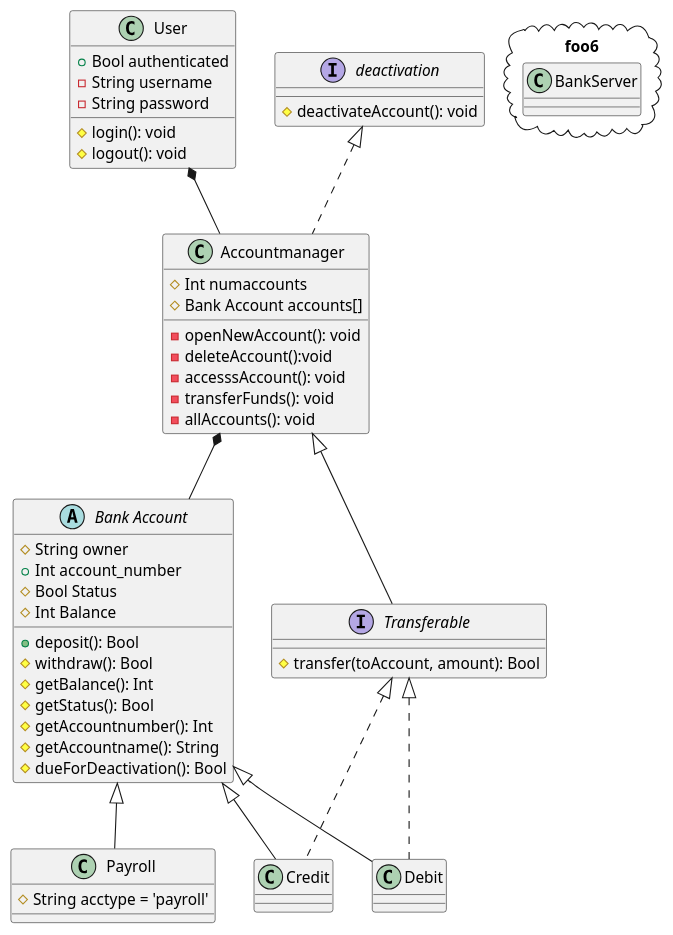
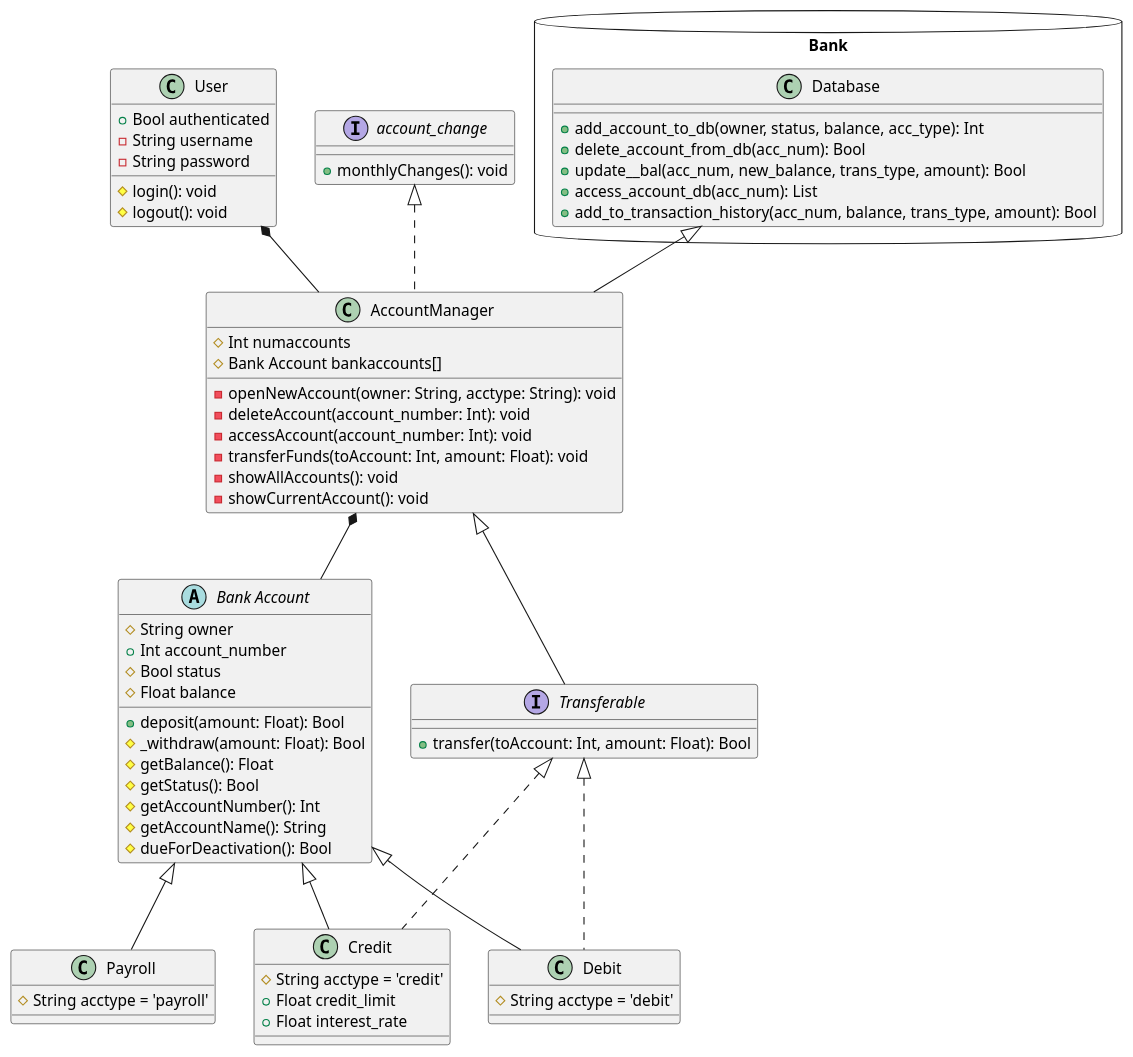
The diagram in python/Rob_Banks/bank.puml (Depyter/CMSC-23), drawn with PlantUML before and after one commit. The commit also changed 12 other files, not shown here.

Commit message:
added more tests, edited puml diagram

```diff
--- a/python/Rob_Banks/bank.puml
+++ b/python/Rob_Banks/bank.puml
@@ -1,67 +1,79 @@
-@startuml
+@startuml Banking
 
 abstract class "Bank Account" {
     #String owner
     +Int account_number
-    #Bool Status
-    #Int Balance
-    +deposit(): Bool
-    #withdraw(): Bool
-    #getBalance(): Int
+    #Bool status
+    #Float balance
+    +deposit(amount: Float): Bool
+    #_withdraw(amount: Float): Bool
+    #getBalance(): Float
     #getStatus(): Bool
-    #getAccountnumber(): Int
-    #getAccountname(): String
+    #getAccountNumber(): Int
+    #getAccountName(): String
     #dueForDeactivation(): Bool
 }
 
 interface Transferable {
-    #transfer(toAccount, amount): Bool
+    +transfer(toAccount: Int, amount: Float): Bool
 }
 
 class Payroll {
     #String acctype = 'payroll'
 }
 
 class Debit {
+    #String acctype = 'debit'
 }
 
 class Credit {
+    #String acctype = 'credit'
+    +Float credit_limit
+    +Float interest_rate
 }
 
 class User {
     +Bool authenticated
     -String username
     -String password
     #login(): void
     #logout(): void
 }
-'The account manager allows the user to create an account, use specific accounts etc.
-'We can think of it as the app
-class Accountmanager {
+
+class AccountManager {
     #Int numaccounts
-    #Bank Account accounts[]
-    -openNewAccount(): void
-    -deleteAccount():void
-    -accesssAccount(): void
-    -transferFunds(): void
-    -allAccounts(): void
+    #Bank Account bankaccounts[]
+    -openNewAccount(owner: String, acctype: String): void
+    -deleteAccount(account_number: Int): void
+    -accessAccount(account_number: Int): void
+    -transferFunds(toAccount: Int, amount: Float): void
+    -showAllAccounts(): void
+    -showCurrentAccount(): void
 }
 
-interface deactivation {
-    #deactivateAccount(): void
+package Bank <<Database>> {
+    class Database {
+        +add_account_to_db(owner, status, balance, acc_type): Int
+        +delete_account_from_db(acc_num): Bool
+        +update__bal(acc_num, new_balance, trans_type, amount): Bool
+        +access_account_db(acc_num): List
+        +add_to_transaction_history(acc_num, balance, trans_type, amount): Bool
+    }
 }
 
-package foo6 <<Cloud>> {
-  class BankServer
+interface account_change {
+    +monthlyChanges(): void
 }
 
-deactivation <|.. Accountmanager
-Accountmanager <|-- Transferable
-User *-- Accountmanager
-Accountmanager *-- "Bank Account"
+Database <|-- AccountManager
+account_change <|.. AccountManager
+AccountManager <|-- Transferable
+User *-- AccountManager
+AccountManager *-- "Bank Account"
 "Bank Account" <|-- Payroll
 "Bank Account" <|-- Debit
 "Bank Account" <|-- Credit
 Transferable <|.. Credit
 Transferable <|.. Debit
+
 @enduml
```
